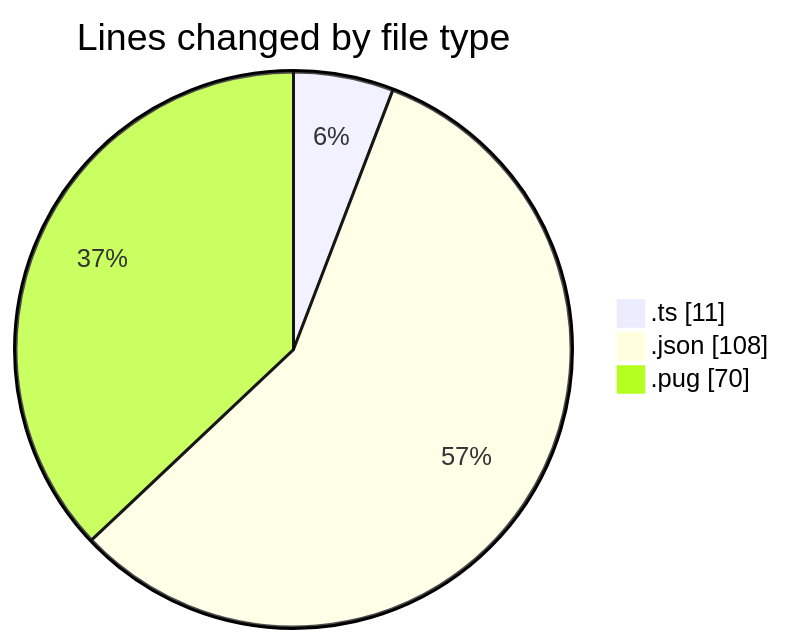
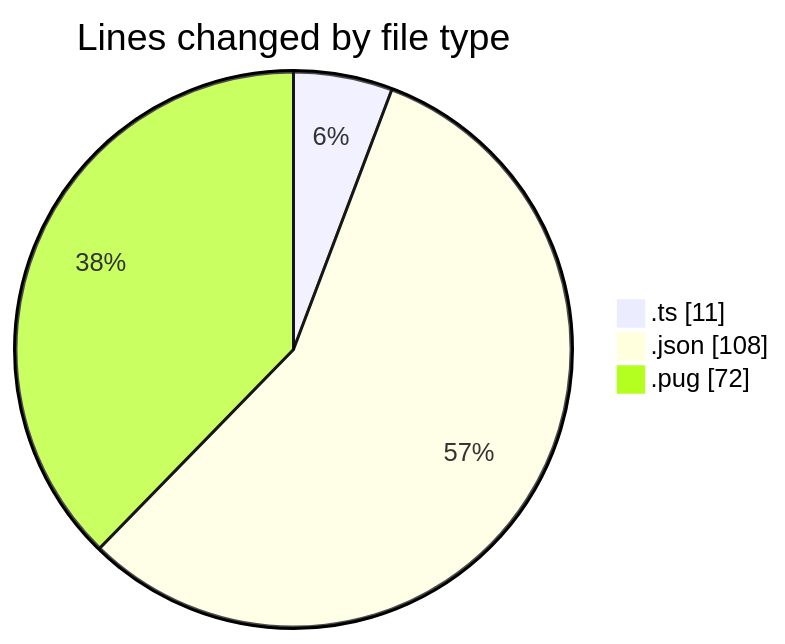
Before and after one commit to momahboobian/code-tracking: the first of 2 diagrams in 2025-02-24/cda/README.md, drawn with Mermaid. The commit also changed other lines of this file and 1 other file, not shown here.

````diff
--- a/2025-02-24/cda/README.md
+++ b/2025-02-24/cda/README.md
@@ -27,7 +27,7 @@
 ```mermaid
 pie showData
 title Lines changed by file type
 ".ts" : 11
 ".json" : 108
-".pug" : 70
+".pug" : 72
 ```
````
